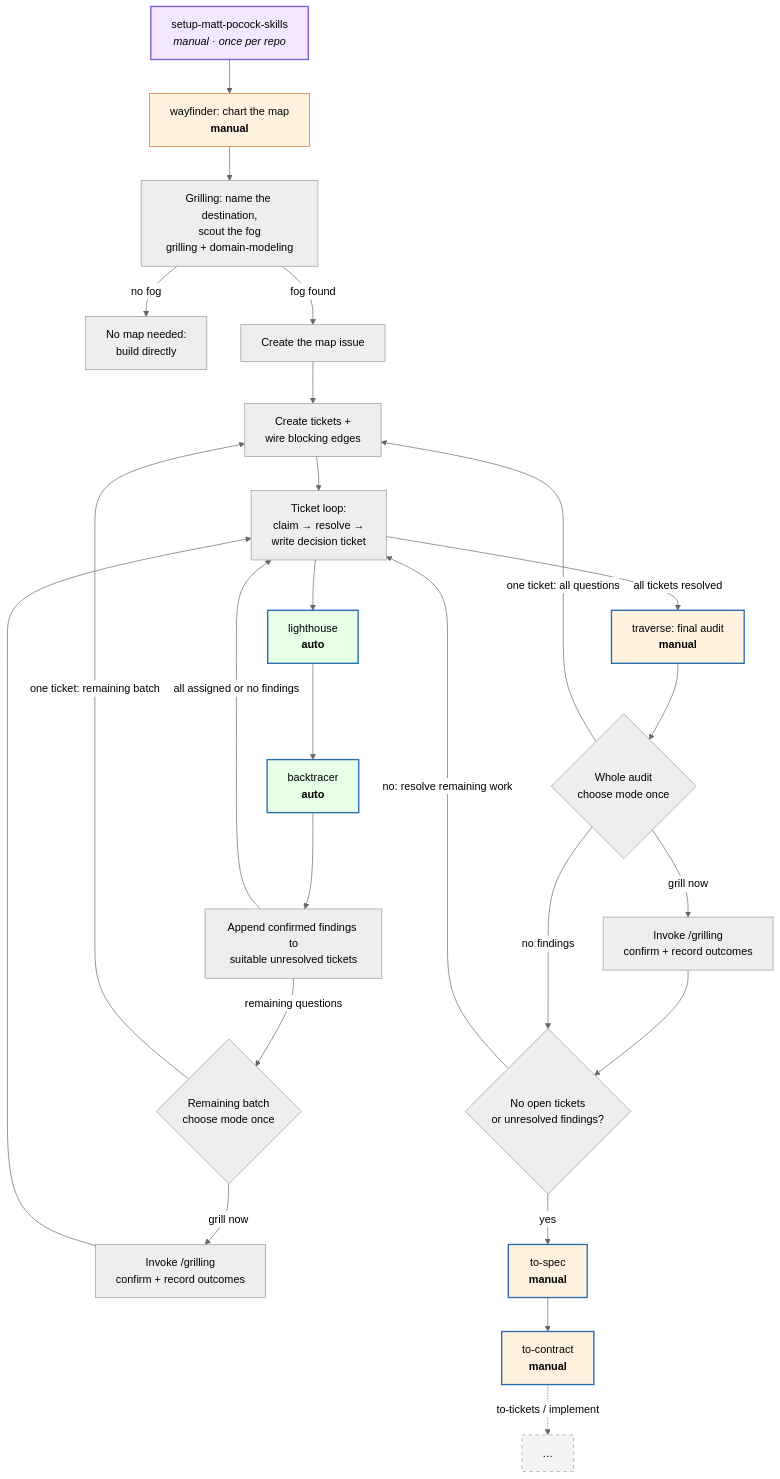
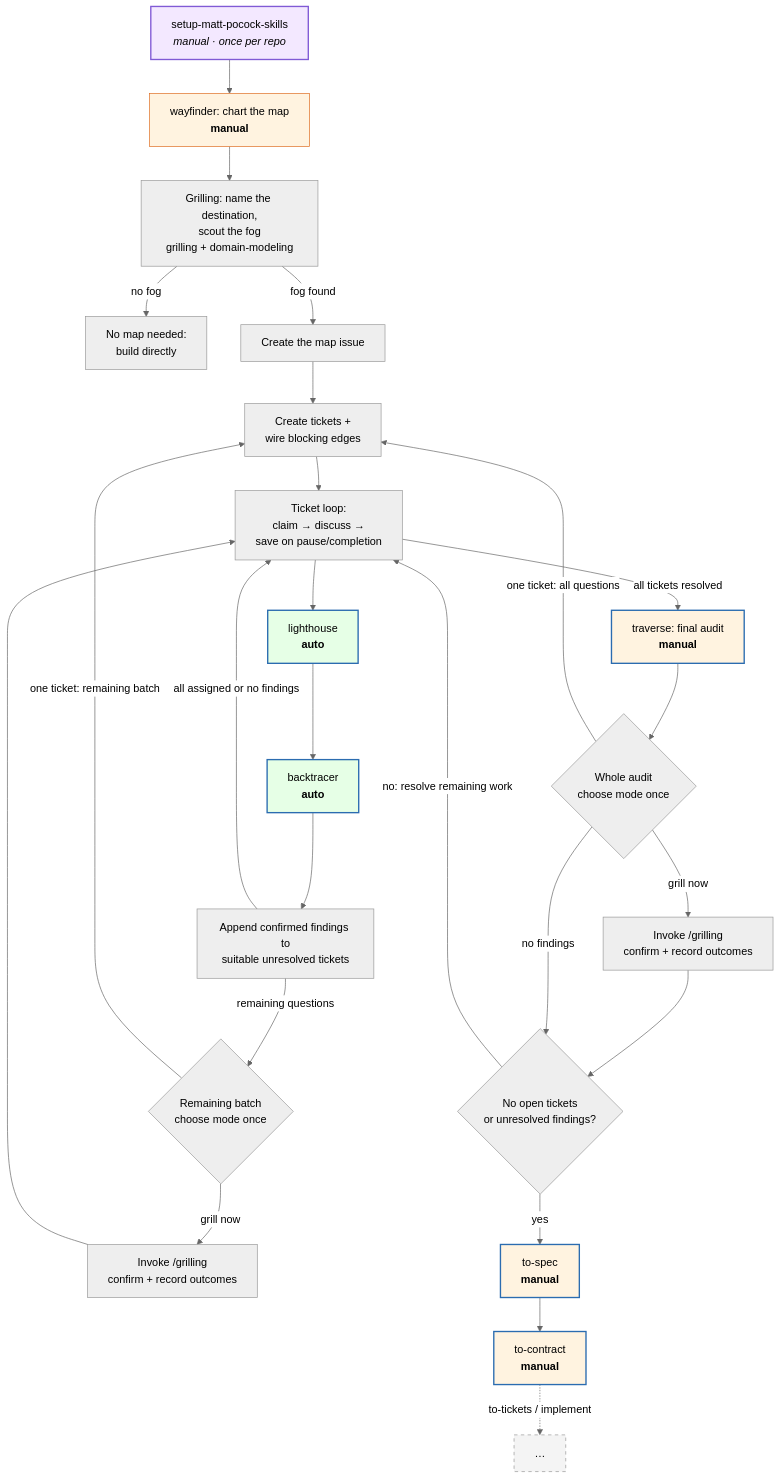
The first of 2 diagrams in README.md (hugosol/oh-my-wayfinder), drawn with Mermaid (neutral theme) before and after one commit. The commit also changed other lines of this file and 8 other files, not shown here.

````diff
--- a/README.md
+++ b/README.md
@@ -65,36 +65,36 @@
 ```mermaid
 flowchart TD
     S["setup-matt-pocock-skills<br/><i>manual · once per repo</i>"] --> W["wayfinder: chart the map<br/><b>manual</b>"]
     W --> G["Grilling: name the destination,<br/>scout the fog<br/>grilling + domain-modeling"]
     G -->|"no fog"| N["No map needed:<br/>build directly"]
     G -->|"fog found"| M["Create the map issue"]
     M --> T["Create tickets +<br/>wire blocking edges"]
-    T --> L["Ticket loop:<br/>claim → resolve →<br/>write decision ticket"]
+    T --> L["Ticket loop:<br/>claim → discuss →<br/>save on pause/completion"]
     L --> LH["lighthouse<br/><b>auto</b>"]
     LH --> BT["backtracer<br/><b>auto</b>"]
     BT --> OWN["Append confirmed findings to<br/>suitable unresolved tickets"]
     OWN -->|"remaining questions"| CG{"Remaining batch<br/>choose mode once"}
     OWN -->|"all assigned or no findings"| L
     CG -->|"one ticket: remaining batch"| T
     CG -->|"grill now"| BG["Invoke /grilling<br/>confirm + record outcomes"]
     BG --> L
     L -->|"all tickets resolved"| TR["traverse: final audit<br/><b>manual</b>"]
     TR --> CG2{"Whole audit<br/>choose mode once"}
     CG2 -->|"one ticket: all questions"| T
     CG2 -->|"grill now"| TG["Invoke /grilling<br/>confirm + record outcomes"]
     TG --> R{"No open tickets<br/>or unresolved findings?"}
     R -->|"yes"| TS["to-spec<br/><b>manual</b>"]
     R -->|"no: resolve remaining work"| L
     CG2 -->|"no findings"| R
     TS --> TC["to-contract<br/><b>manual</b>"]
     TC -.->|"to-tickets / implement"| X["…"]
 
     style LH fill:#e6ffe6,stroke:#2b6cb0,stroke-width:2px
     style BT fill:#e6ffe6,stroke:#2b6cb0,stroke-width:2px
     style TR fill:#fff3e0,stroke:#2b6cb0,stroke-width:2px
     style W fill:#fff3e0,stroke:#dd6b20
     style S fill:#f3e8ff,stroke:#805ad5,stroke-width:2px
     style TS fill:#fff3e0,stroke:#2b6cb0,stroke-width:2px
     style TC fill:#fff3e0,stroke:#2b6cb0,stroke-width:2px
     style X fill:#f4f4f4,stroke:#999,stroke-dasharray:5 5
 ```
````
